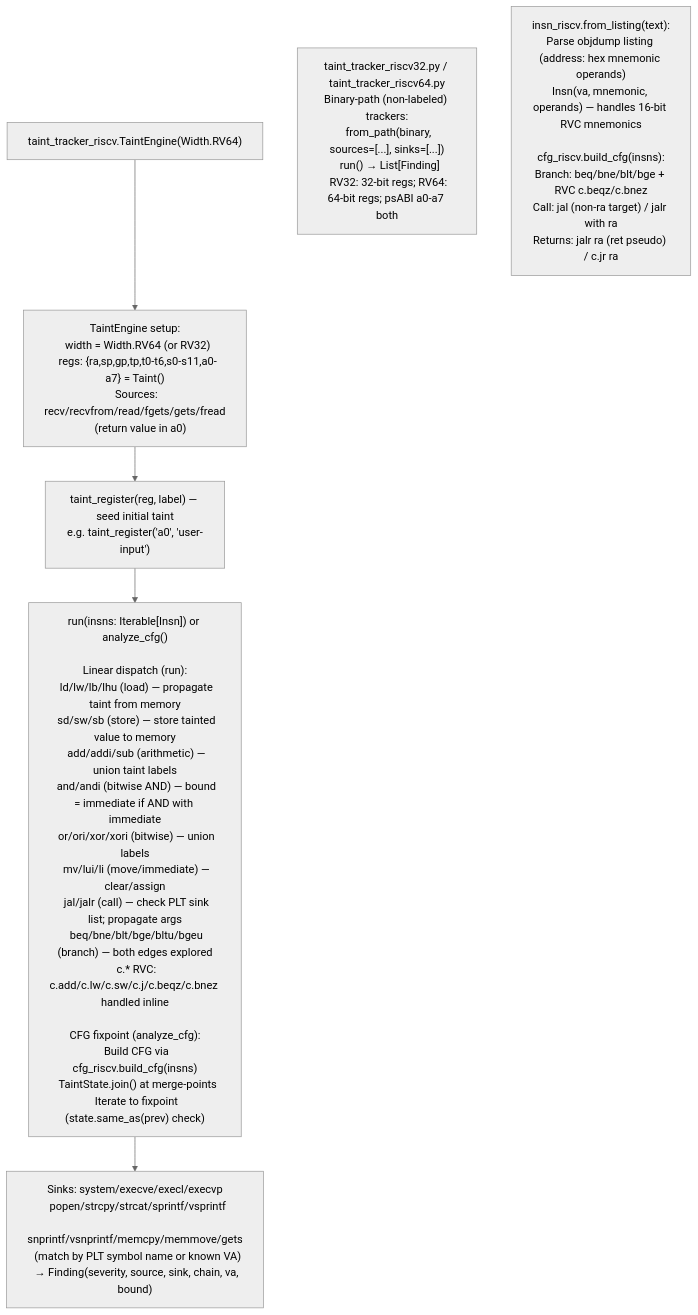
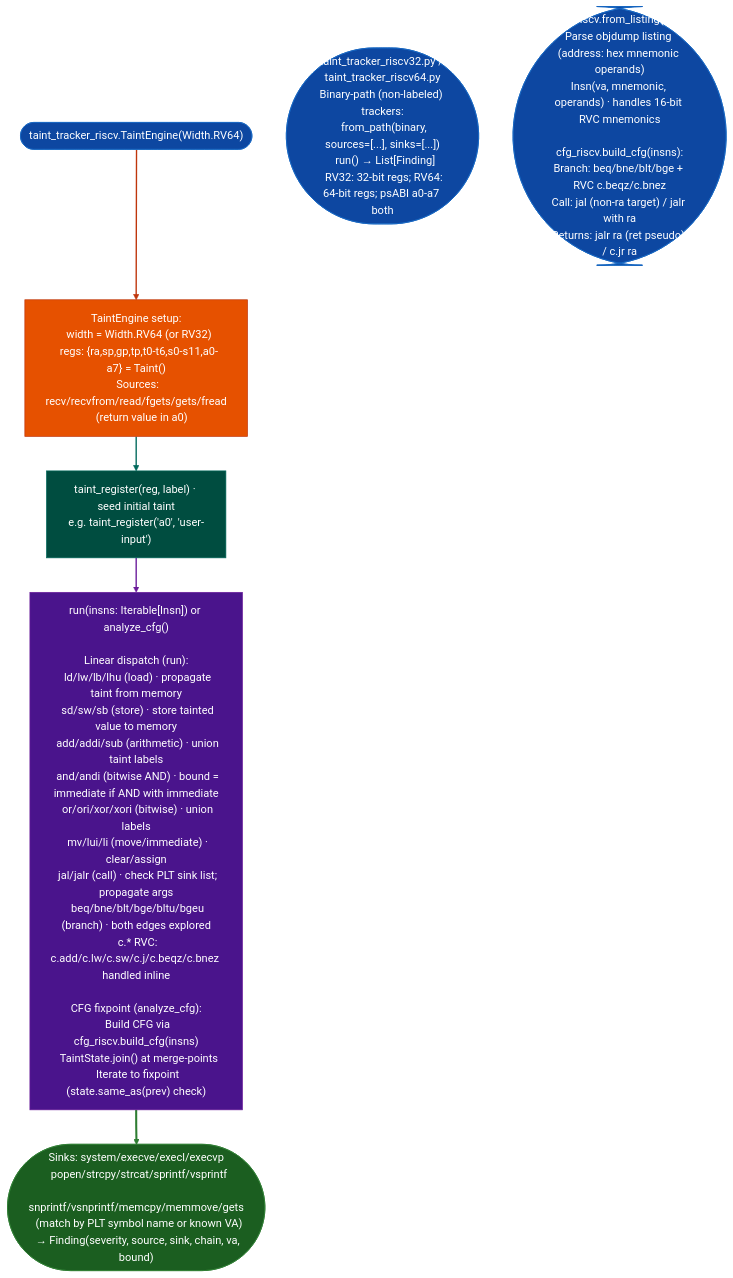
The diagram in docs/reference-modules/risc-v.md (Ablation-Tool/ablation), drawn with Mermaid (neutral theme) before and after one commit. The commit also changed 320 other files, not shown here.

First line of the commit message:
docs: apply canonical Mermaid template to all 321 diagrams

````diff
--- a/docs/reference-modules/risc-v.md
+++ b/docs/reference-modules/risc-v.md
@@ -19,11 +19,21 @@
 ```mermaid
 flowchart TD
-    A["taint_tracker_riscv.TaintEngine(Width.RV64)"] --> B["TaintEngine setup:\n  width = Width.RV64 (or RV32)\n  regs: {ra,sp,gp,tp,t0-t6,s0-s11,a0-a7} = Taint()\n  Sources: recv/recvfrom/read/fgets/gets/fread\n    (return value in a0)"]
-    B --> C["taint_register(reg, label) — seed initial taint\ne.g. taint_register('a0', 'user-input')"]
-    C --> D["run(insns: Iterable[Insn]) or analyze_cfg()\n\nLinear dispatch (run):\n  ld/lw/lb/lhu (load) — propagate taint from memory\n  sd/sw/sb (store) — store tainted value to memory\n  add/addi/sub (arithmetic) — union taint labels\n  and/andi (bitwise AND) — bound = immediate if AND with immediate\n  or/ori/xor/xori (bitwise) — union labels\n  mv/lui/li (move/immediate) — clear/assign\n  jal/jalr (call) — check PLT sink list; propagate args\n  beq/bne/blt/bge/bltu/bgeu (branch) — both edges explored\n  c.* RVC: c.add/c.lw/c.sw/c.j/c.beqz/c.bnez handled inline\n\nCFG fixpoint (analyze_cfg):\n  Build CFG via cfg_riscv.build_cfg(insns)\n  TaintState.join() at merge-points\n  Iterate to fixpoint (state.same_as(prev) check)"]
-    D --> E["Sinks: system/execve/execl/execvp\n  popen/strcpy/strcat/sprintf/vsprintf\n  snprintf/vsnprintf/memcpy/memmove/gets\n  (match by PLT symbol name or known VA)\n  → Finding(severity, source, sink, chain, va, bound)"]
+    A(["taint_tracker_riscv.TaintEngine(Width.RV64)"]):::input --> B["TaintEngine setup:\n  width = Width.RV64 (or RV32)\n  regs: {ra,sp,gp,tp,t0-t6,s0-s11,a0-a7} = Taint()\n  Sources: recv/recvfrom/read/fgets/gets/fread\n    (return value in a0)"]:::primary
+    B:::primary --> C["taint_register(reg, label) · seed initial taint\ne.g. taint_register('a0', 'user-input')"]:::secondary
+    C:::secondary --> D["run(insns: Iterable[Insn]) or analyze_cfg()\n\nLinear dispatch (run):\n  ld/lw/lb/lhu (load) · propagate taint from memory\n  sd/sw/sb (store) · store tainted value to memory\n  add/addi/sub (arithmetic) · union taint labels\n  and/andi (bitwise AND) · bound = immediate if AND with immediate\n  or/ori/xor/xori (bitwise) · union labels\n  mv/lui/li (move/immediate) · clear/assign\n  jal/jalr (call) · check PLT sink list; propagate args\n  beq/bne/blt/bge/bltu/bgeu (branch) · both edges explored\n  c.* RVC: c.add/c.lw/c.sw/c.j/c.beqz/c.bnez handled inline\n\nCFG fixpoint (analyze_cfg):\n  Build CFG via cfg_riscv.build_cfg(insns)\n  TaintState.join() at merge-points\n  Iterate to fixpoint (state.same_as(prev) check)"]:::tertiary
+    D:::tertiary --> E(["Sinks: system/execve/execl/execvp\n  popen/strcpy/strcat/sprintf/vsprintf\n  snprintf/vsnprintf/memcpy/memmove/gets\n  (match by PLT symbol name or known VA)\n  → Finding(severity, source, sink, chain, va, bound)"]):::output
 
-    F["taint_tracker_riscv32.py / taint_tracker_riscv64.py\nBinary-path (non-labeled) trackers:\n  from_path(binary, sources=[...], sinks=[...])\n  run() → List[Finding]\n  RV32: 32-bit regs; RV64: 64-bit regs; psABI a0-a7 both"]
+    F(["taint_tracker_riscv32.py / taint_tracker_riscv64.py\nBinary-path (non-labeled) trackers:\n  from_path(binary, sources=[...], sinks=[...])\n  run() → List[Finding]\n  RV32: 32-bit regs; RV64: 64-bit regs; psABI a0-a7 both"]):::input
 
-    G["insn_riscv.from_listing(text):\nParse objdump listing (address: hex mnemonic operands)\nInsn(va, mnemonic, operands) — handles 16-bit RVC mnemonics\n\ncfg_riscv.build_cfg(insns):\nBranch: beq/bne/blt/bge + RVC c.beqz/c.bnez\nCall: jal (non-ra target) / jalr with ra\nReturns: jalr ra (ret pseudo) / c.jr ra"]
+    G(["insn_riscv.from_listing(text):\nParse objdump listing (address: hex mnemonic operands)\nInsn(va, mnemonic, operands) · handles 16-bit RVC mnemonics\n\ncfg_riscv.build_cfg(insns):\nBranch: beq/bne/blt/bge + RVC c.beqz/c.bnez\nCall: jal (non-ra target) / jalr with ra\nReturns: jalr ra (ret pseudo) / c.jr ra"]):::input
+    classDef input     fill:#0d47a1,stroke:#1565c0,color:#fff
+    classDef primary   fill:#e65100,stroke:#bf360c,color:#fff
+    classDef secondary fill:#004d40,stroke:#00695c,color:#fff
+    classDef tertiary  fill:#4a148c,stroke:#6a1b9a,color:#fff
+    classDef neutral   fill:#37474f,stroke:#546e7a,color:#fff
+    classDef output    fill:#1b5e20,stroke:#2e7d32,color:#fff
+    linkStyle 0 stroke:#bf360c,stroke-width:2px
+    linkStyle 1 stroke:#00695c,stroke-width:2px
+    linkStyle 2 stroke:#6a1b9a,stroke-width:2px
+    linkStyle 3 stroke:#2e7d32,stroke-width:3px
 ```
````
